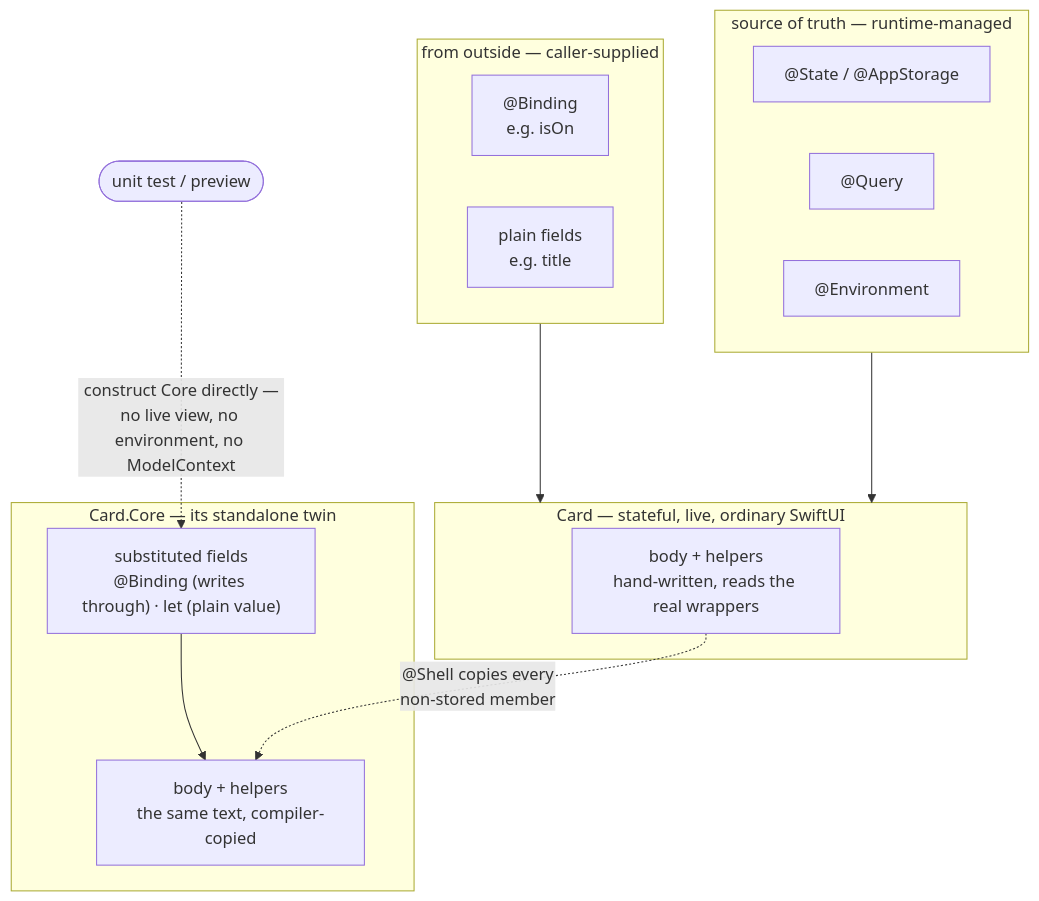
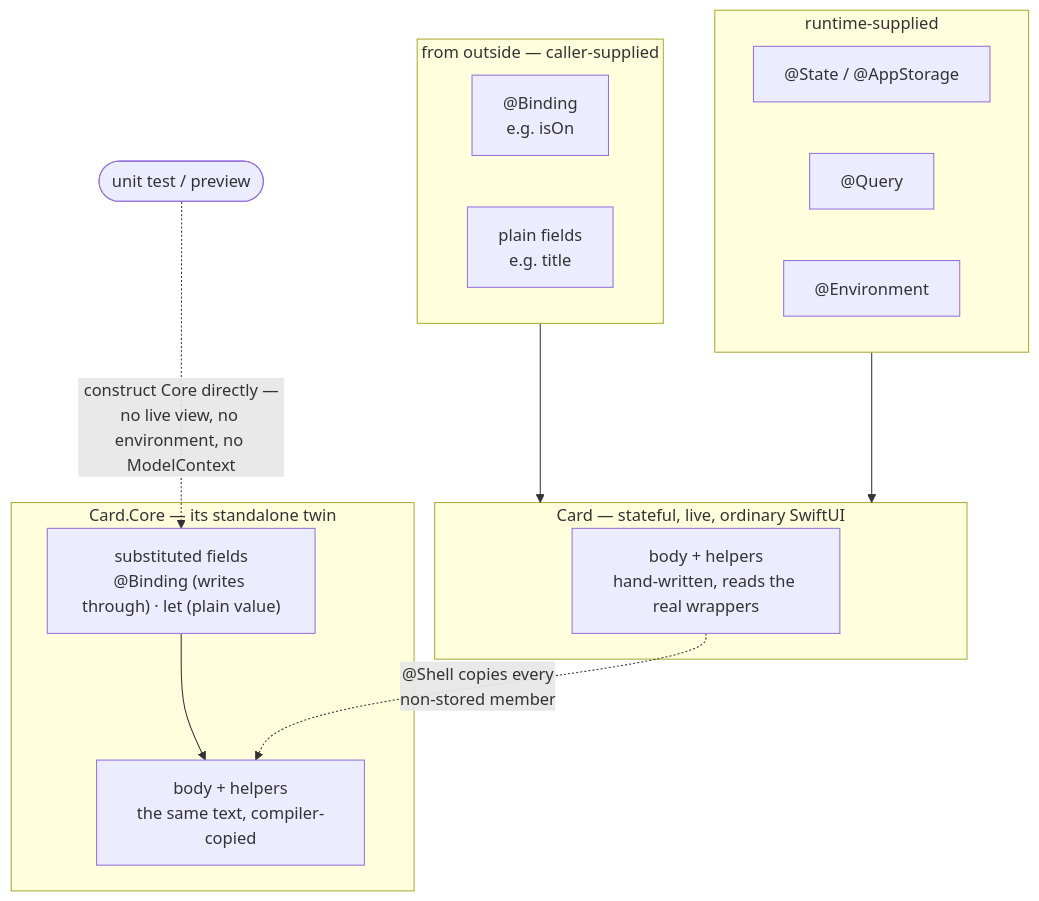
The first of 3 diagrams in README.md (sisoje/swift-core-flow), drawn with Mermaid before and after one commit. The commit also changed other lines of this file and 27 other files, not shown here.

````diff
--- a/README.md
+++ b/README.md
@@ -304,29 +294,29 @@
 ```mermaid
 flowchart TD
     subgraph Outside["from outside — caller-supplied"]
         Bind["@Binding<br/>e.g. isOn"]
         Plain["plain fields<br/>e.g. title"]
     end
 
-    subgraph SOT["source of truth — runtime-managed"]
+    subgraph SOT["runtime-supplied"]
         State["@State / @AppStorage"]
         Query["@Query"]
         Env["@Environment"]
     end
 
     Outside --> Card
     SOT --> Card
 
     subgraph Card["Card — stateful, live, ordinary SwiftUI"]
         CardBody["body + helpers<br/>hand-written, reads the real wrappers"]
     end
 
     subgraph SN["Card.Core — its standalone twin"]
         Fields["substituted fields<br/>@Binding (writes through) · let (plain value)"]
         SNBody["body + helpers<br/>the same text, compiler-copied"]
         Fields --> SNBody
     end
 
     CardBody -. "@Shell copies every<br/>non-stored member" .-> SNBody
     Test(["unit test / preview"]) -. "construct Core directly —<br/>no live view, no environment, no ModelContext" .-> Fields
 ```
````
